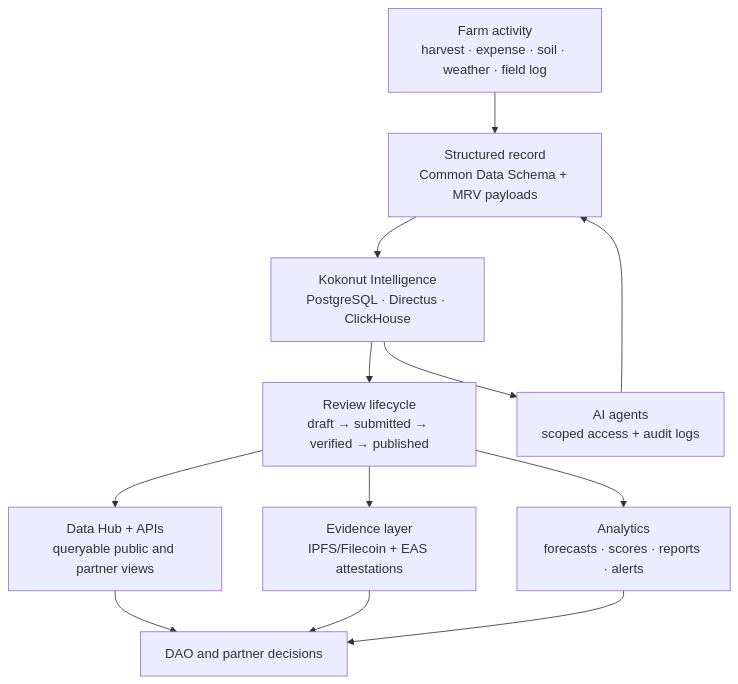
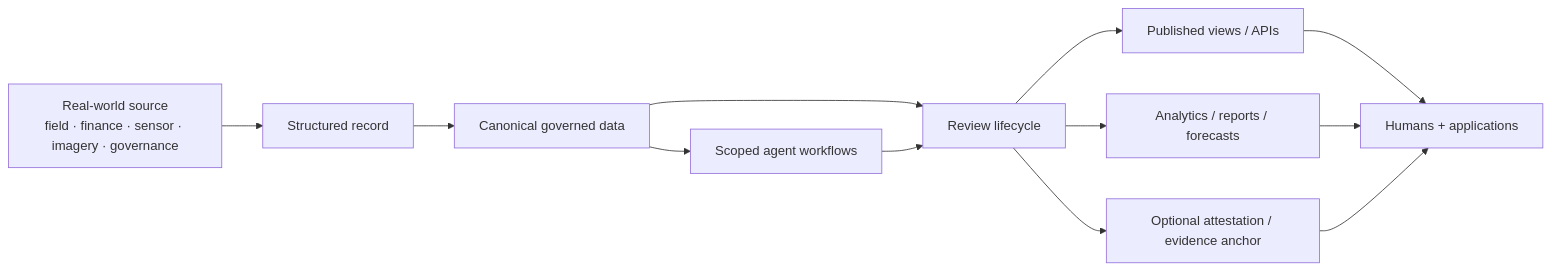
Before and after one commit to wasalo/Kokonut-Public-Site: the first of 5 diagrams in kokonut-intelligence.mdx, drawn with Mermaid. The commit also changed other lines of this file, not shown here.

Commit message:
docs(builders): align Kokonut Intelligence with current platform

````diff
--- a/kokonut-intelligence.mdx
+++ b/kokonut-intelligence.mdx
@@ -65,14 +78,14 @@
 ```mermaid
-flowchart TD
-    A["Farm activity\nharvest · expense · soil · weather · field log"] --> B["Structured record\nCommon Data Schema + MRV payloads"]
-    B --> C["Kokonut Intelligence\nPostgreSQL · Directus · ClickHouse"]
-    C --> D["Review lifecycle\ndraft → submitted → verified → published"]
-    D --> E["Data Hub + APIs\nqueryable public and partner views"]
-    D --> F["Evidence layer\nIPFS/Filecoin + EAS attestations"]
-    D --> G["Analytics\nforecasts · scores · reports · alerts"]
-    E --> H["DAO and partner decisions"]
+flowchart LR
+    A["Real-world source\nfield · finance · sensor · imagery · governance"] --> B["Structured record"]
+    B --> C["Canonical governed data"]
+    C --> D["Review lifecycle"]
+    D --> E["Published views / APIs"]
+    D --> F["Analytics / reports / forecasts"]
+    D --> G["Optional attestation / evidence anchor"]
+    E --> H["Humans + applications"]
     F --> H
     G --> H
-    C --> I["AI agents\nscoped access + audit logs"]
-    I --> B
+    C --> I["Scoped agent workflows"]
+    I --> D
 ```
````
